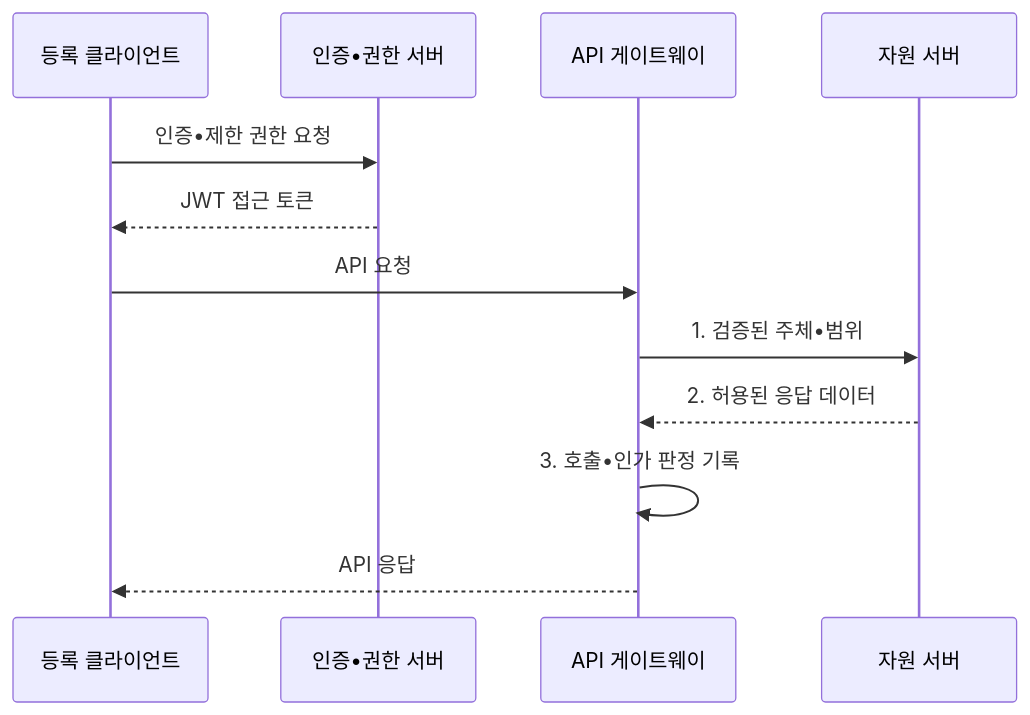
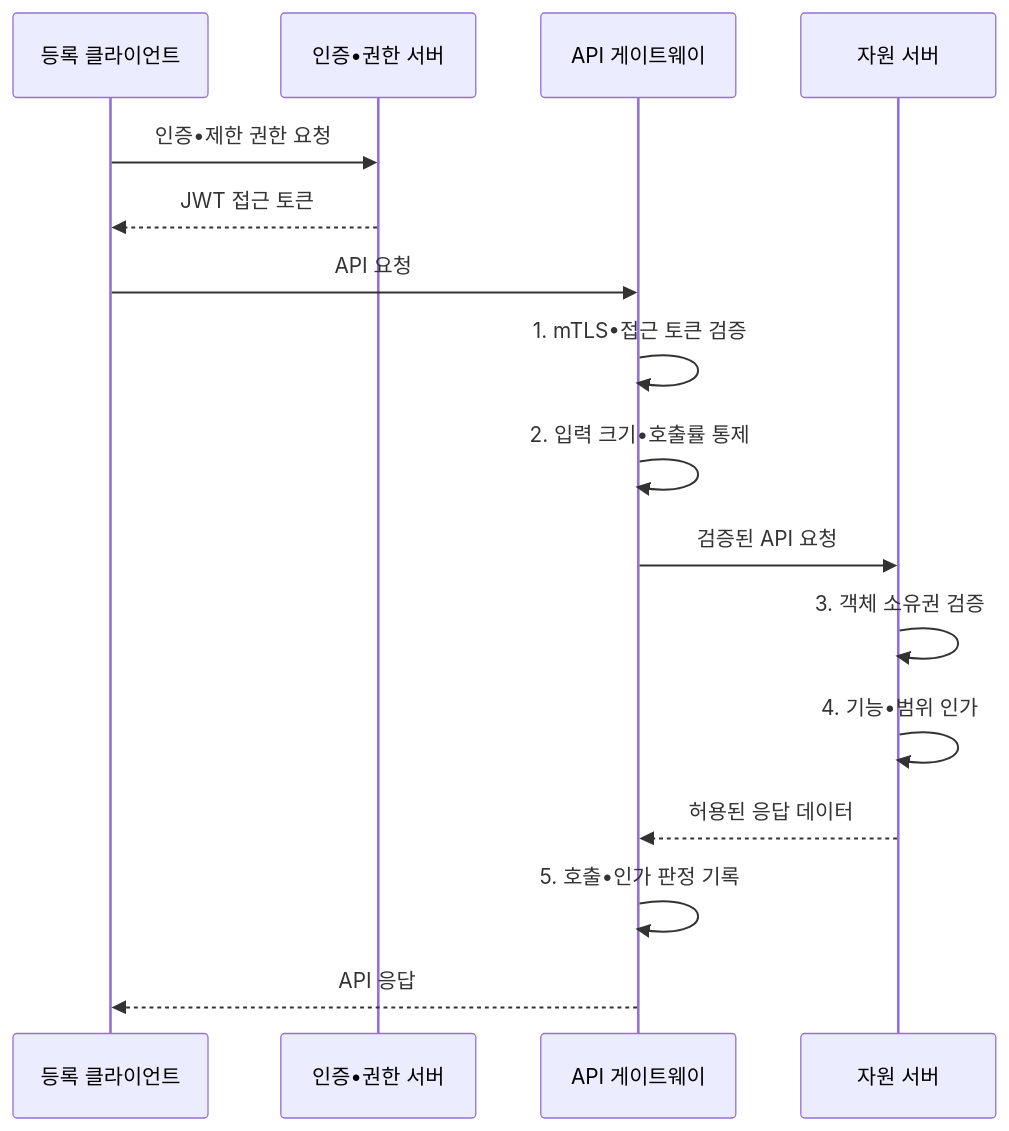
One commit to agnusdei1207/knowledge-base changed the second of 2 diagrams in src/content/docs/notes/05-security/053_secure_api_design.md. Above: the diagram before and after it, drawn with Mermaid. The commit also changed other lines of this file and 19 other files, not shown here.

````diff
--- a/src/content/docs/notes/05-security/053_secure_api_design.md
+++ b/src/content/docs/notes/05-security/053_secure_api_design.md
@@ -103,14 +103,18 @@
 ```mermaid
 sequenceDiagram
     participant C as 등록 클라이언트
     participant A as 인증•권한 서버
     participant G as API 게이트웨이
     participant R as 자원 서버
     C->>A: 인증•제한 권한 요청
     A-->>C: JWT 접근 토큰
     C->>G: API 요청
-    G->>R: 1. 검증된 주체•범위
-    R-->>G: 2. 허용된 응답 데이터
-    G->>G: 3. 호출•인가 판정 기록
+    G->>G: 1. mTLS•접근 토큰 검증
+    G->>G: 2. 입력 크기•호출률 통제
+    G->>R: 검증된 API 요청
+    R->>R: 3. 객체 소유권 검증
+    R->>R: 4. 기능•범위 인가
+    R-->>G: 허용된 응답 데이터
+    G->>G: 5. 호출•인가 판정 기록
     G-->>C: API 응답
 ```
````
